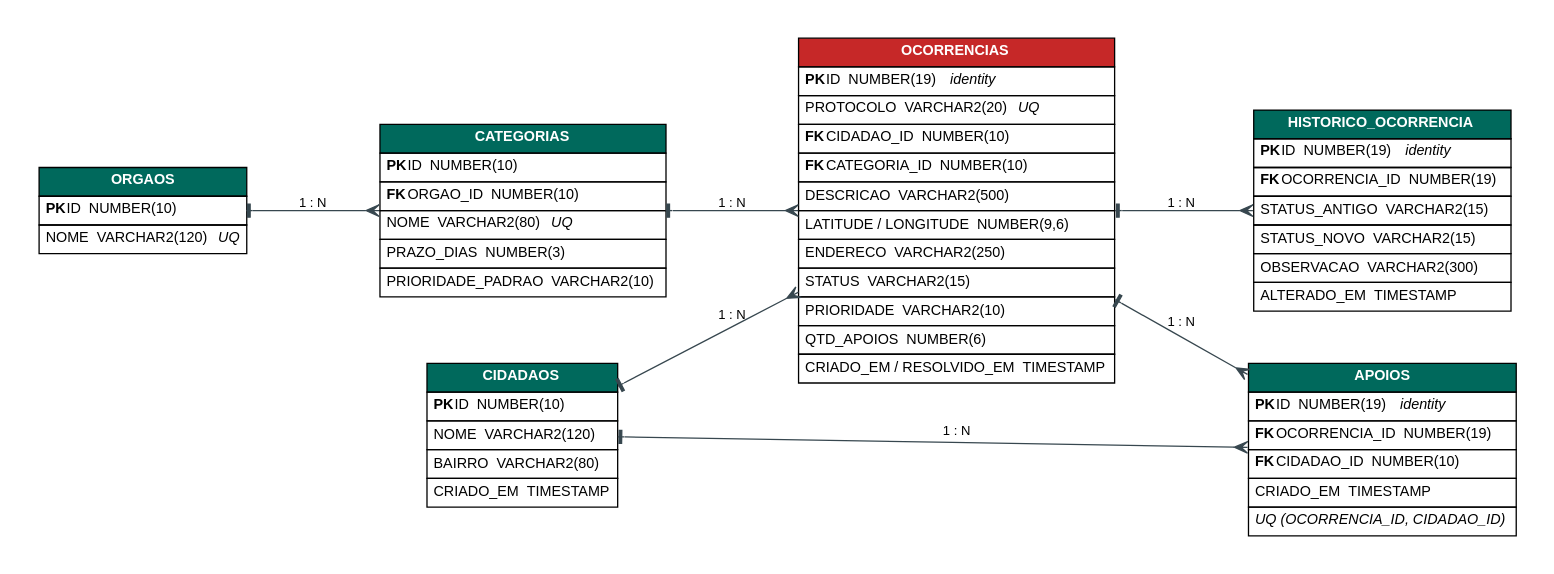
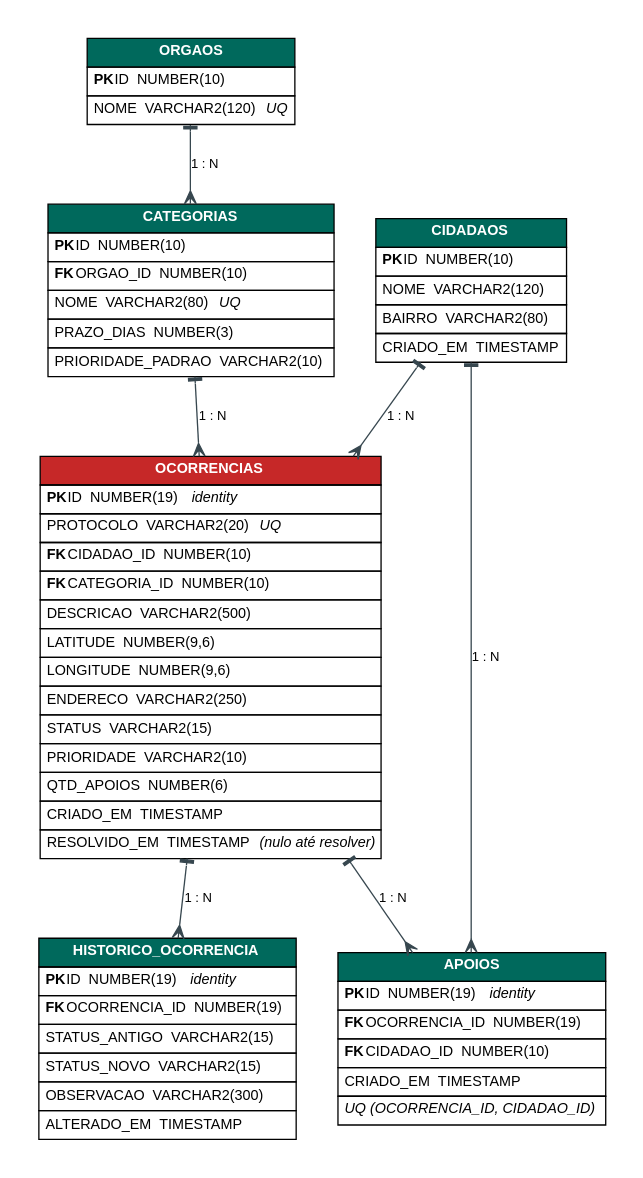
The diagram in docs/der.dot (renancardoso06/ruatenta), drawn with Graphviz before and after one commit. The commit also changed 5 other files, not shown here.

```diff
--- a/docs/der.dot
+++ b/docs/der.dot
@@ -1,63 +1,65 @@
 digraph DER {
-  graph [rankdir=LR, fontname="Arial", nodesep=0.55, ranksep=1.1, pad=0.3, bgcolor="white", splines=true];
+  graph [rankdir=TB, fontname="Arial", nodesep=0.45, ranksep=0.7, pad=0.3, bgcolor="white", splines=true];
   node  [shape=plain, fontname="Arial", fontsize=11];
   edge  [fontname="Arial", fontsize=10, color="#37474F", arrowhead=crow, arrowtail=tee, dir=both];
 
   ORGAOS [label=<<table border="0" cellborder="1" cellspacing="0" cellpadding="4">
     <tr><td bgcolor="#00695C"><font color="white"><b>ORGAOS</b></font></td></tr>
     <tr><td align="left"><b>PK</b> ID  NUMBER(10)</td></tr>
     <tr><td align="left">NOME  VARCHAR2(120)  <i>UQ</i></td></tr></table>>];
 
   CATEGORIAS [label=<<table border="0" cellborder="1" cellspacing="0" cellpadding="4">
     <tr><td bgcolor="#00695C"><font color="white"><b>CATEGORIAS</b></font></td></tr>
     <tr><td align="left"><b>PK</b> ID  NUMBER(10)</td></tr>
     <tr><td align="left"><b>FK</b> ORGAO_ID  NUMBER(10)</td></tr>
     <tr><td align="left">NOME  VARCHAR2(80)  <i>UQ</i></td></tr>
     <tr><td align="left">PRAZO_DIAS  NUMBER(3)</td></tr>
     <tr><td align="left">PRIORIDADE_PADRAO  VARCHAR2(10)</td></tr></table>>];
 
   CIDADAOS [label=<<table border="0" cellborder="1" cellspacing="0" cellpadding="4">
     <tr><td bgcolor="#00695C"><font color="white"><b>CIDADAOS</b></font></td></tr>
     <tr><td align="left"><b>PK</b> ID  NUMBER(10)</td></tr>
     <tr><td align="left">NOME  VARCHAR2(120)</td></tr>
     <tr><td align="left">BAIRRO  VARCHAR2(80)</td></tr>
     <tr><td align="left">CRIADO_EM  TIMESTAMP</td></tr></table>>];
 
   OCORRENCIAS [label=<<table border="0" cellborder="1" cellspacing="0" cellpadding="4">
     <tr><td bgcolor="#C62828"><font color="white"><b>OCORRENCIAS</b></font></td></tr>
     <tr><td align="left"><b>PK</b> ID  NUMBER(19)  <i>identity</i></td></tr>
     <tr><td align="left">PROTOCOLO  VARCHAR2(20)  <i>UQ</i></td></tr>
     <tr><td align="left"><b>FK</b> CIDADAO_ID  NUMBER(10)</td></tr>
     <tr><td align="left"><b>FK</b> CATEGORIA_ID  NUMBER(10)</td></tr>
     <tr><td align="left">DESCRICAO  VARCHAR2(500)</td></tr>
-    <tr><td align="left">LATITUDE / LONGITUDE  NUMBER(9,6)</td></tr>
+    <tr><td align="left">LATITUDE  NUMBER(9,6)</td></tr>
+    <tr><td align="left">LONGITUDE  NUMBER(9,6)</td></tr>
     <tr><td align="left">ENDERECO  VARCHAR2(250)</td></tr>
     <tr><td align="left">STATUS  VARCHAR2(15)</td></tr>
     <tr><td align="left">PRIORIDADE  VARCHAR2(10)</td></tr>
     <tr><td align="left">QTD_APOIOS  NUMBER(6)</td></tr>
-    <tr><td align="left">CRIADO_EM / RESOLVIDO_EM  TIMESTAMP</td></tr></table>>];
+    <tr><td align="left">CRIADO_EM  TIMESTAMP</td></tr>
+    <tr><td align="left">RESOLVIDO_EM  TIMESTAMP  <i>(nulo até resolver)</i></td></tr></table>>];
 
   HISTORICO [label=<<table border="0" cellborder="1" cellspacing="0" cellpadding="4">
     <tr><td bgcolor="#00695C"><font color="white"><b>HISTORICO_OCORRENCIA</b></font></td></tr>
     <tr><td align="left"><b>PK</b> ID  NUMBER(19)  <i>identity</i></td></tr>
     <tr><td align="left"><b>FK</b> OCORRENCIA_ID  NUMBER(19)</td></tr>
     <tr><td align="left">STATUS_ANTIGO  VARCHAR2(15)</td></tr>
     <tr><td align="left">STATUS_NOVO  VARCHAR2(15)</td></tr>
     <tr><td align="left">OBSERVACAO  VARCHAR2(300)</td></tr>
     <tr><td align="left">ALTERADO_EM  TIMESTAMP</td></tr></table>>];
 
   APOIOS [label=<<table border="0" cellborder="1" cellspacing="0" cellpadding="4">
     <tr><td bgcolor="#00695C"><font color="white"><b>APOIOS</b></font></td></tr>
     <tr><td align="left"><b>PK</b> ID  NUMBER(19)  <i>identity</i></td></tr>
     <tr><td align="left"><b>FK</b> OCORRENCIA_ID  NUMBER(19)</td></tr>
     <tr><td align="left"><b>FK</b> CIDADAO_ID  NUMBER(10)</td></tr>
     <tr><td align="left">CRIADO_EM  TIMESTAMP</td></tr>
     <tr><td align="left"><i>UQ (OCORRENCIA_ID, CIDADAO_ID)</i></td></tr></table>>];
 
   ORGAOS -> CATEGORIAS [label="1 : N", dir=both, arrowtail=tee, arrowhead=crow];
   CATEGORIAS -> OCORRENCIAS [label="1 : N"];
   CIDADAOS -> OCORRENCIAS [label="1 : N"];
   OCORRENCIAS -> HISTORICO [label="1 : N"];
   OCORRENCIAS -> APOIOS [label="1 : N"];
   CIDADAOS -> APOIOS [label="1 : N"];
 }
```
